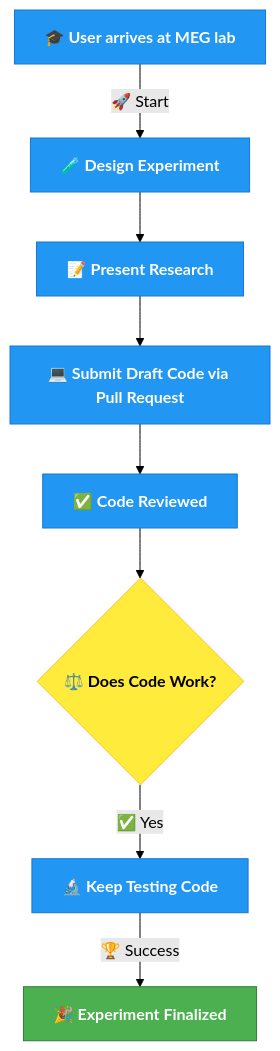
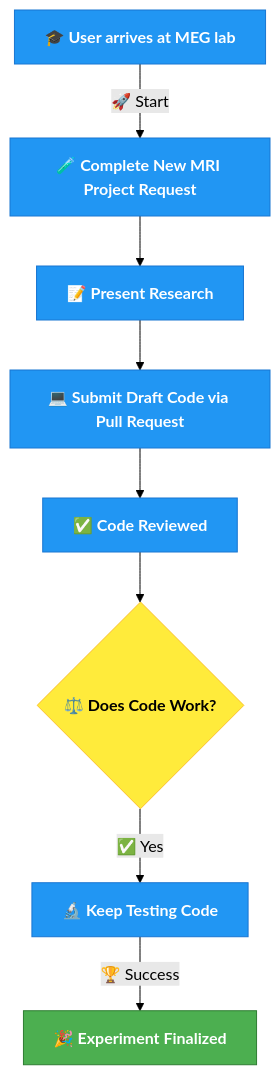
One commit to BioMedicalImaging-Core-NYUAD/brainimaging-lab-documentation changed the diagram in docs/source/1-lab_overview/3-process_diagram.rst. Above: the diagram before and after it, drawn with Mermaid (forest theme).

Commit message:
added link

```diff
--- a/docs/source/1-lab_overview/3-process_diagram.rst
+++ b/docs/source/1-lab_overview/3-process_diagram.rst
@@ -9,24 +9,24 @@
 .. mermaid::
 
     graph TD;
-        A[🎓 <b>User arrives at MEG lab</b>] -->|🚀 Start| B[🧪 <b>Design Experiment</b>];
+        A[🎓 <b>User arrives at MEG lab</b>] -->|🚀 Start| B[🧪 <b>Complete New MRI Project Request</b>];
         B --> C[📝 <b>Present Research</b>];
         C --> D[💻 <b>Submit Draft Code via Pull Request</b>];
         D --> E[✅ <b>Code Reviewed</b>];
         E --> F{⚖️ <b>Does Code Work?</b>};
         F --✅ Yes --> H[🔬 <b>Keep Testing Code</b>];
         H -->|🏆 Success| I[🎉 <b>Experiment Finalized</b>];
 
         %% Clickable Node for GitHub PR
-        click D "https://github.com/Hzaatiti/meg-pipeline/pulls" "Visit GitHub Repository"
+        click B "https://drive.google.com/file/d/10Py1KSAsktpCjU6c3lLuWLqVL2a5ofee/view?usp=drive_link"
 
         %% Style Definitions
         classDef success fill:#4CAF50,stroke:#2E7D32,color:#fff;
         classDef decision fill:#FFEB3B,stroke:#FBC02D,color:#000;
         classDef process fill:#2196F3,stroke:#1976D2,color:#fff;
         classDef warning fill:#FF5722,stroke:#E64A19,color:#fff;
 
         class A,B,C,D,E,H process;
         class F decision;
         class G warning;
         class I success;
```
